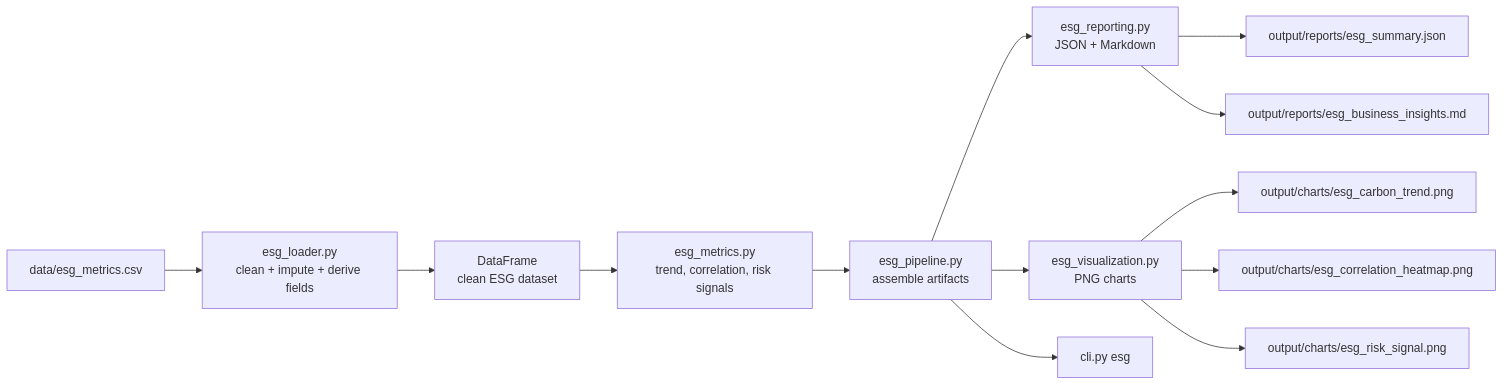
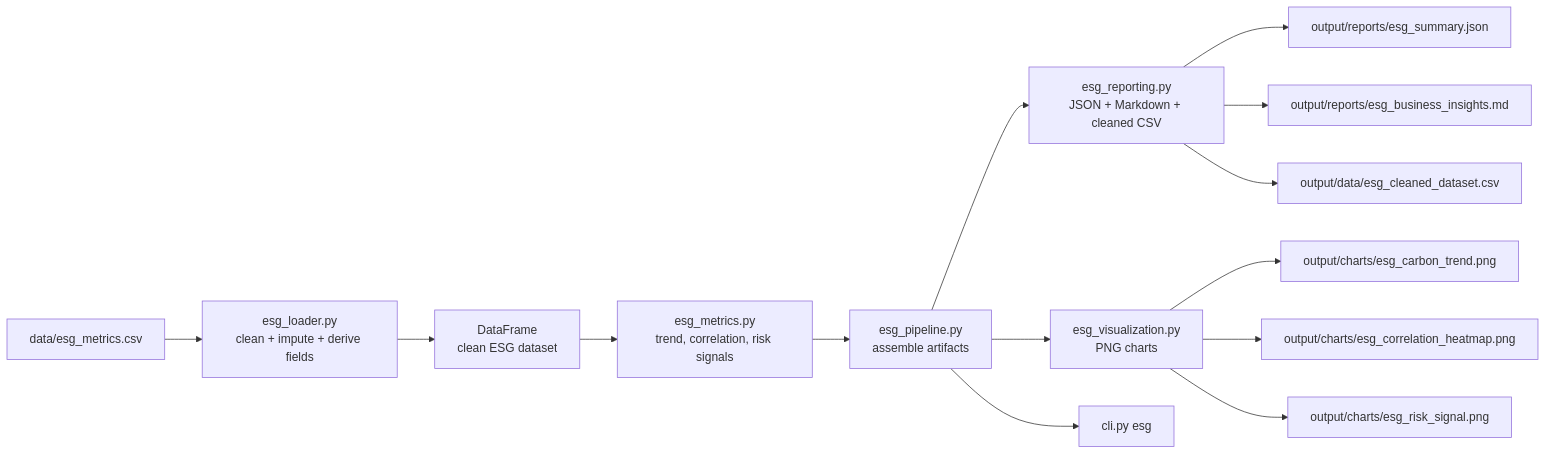
One commit to Kozphy/financial-analysis-tool changed the second of 2 diagrams in docs/data_pipeline.md. Above: the diagram before and after it, drawn with Mermaid. The commit also changed other lines of this file and 21 other files, not shown here.

Commit message:
add ci/cd and update architecture

````diff
--- a/docs/data_pipeline.md
+++ b/docs/data_pipeline.md
@@ -82,15 +82,16 @@
 ```mermaid
 flowchart LR
     A["data/esg_metrics.csv"] --> B["esg_loader.py<br/>clean + impute + derive fields"]
     B --> C["DataFrame<br/>clean ESG dataset"]
     C --> D["esg_metrics.py<br/>trend, correlation, risk signals"]
     D --> E["esg_pipeline.py<br/>assemble artifacts"]
-    E --> F["esg_reporting.py<br/>JSON + Markdown"]
+    E --> F["esg_reporting.py<br/>JSON + Markdown + cleaned CSV"]
     E --> G["esg_visualization.py<br/>PNG charts"]
     E --> H["cli.py esg"]
     F --> I["output/reports/esg_summary.json"]
     F --> J["output/reports/esg_business_insights.md"]
+    F --> N["output/data/esg_cleaned_dataset.csv"]
     G --> K["output/charts/esg_carbon_trend.png"]
     G --> L["output/charts/esg_correlation_heatmap.png"]
     G --> M["output/charts/esg_risk_signal.png"]
 ```
````
